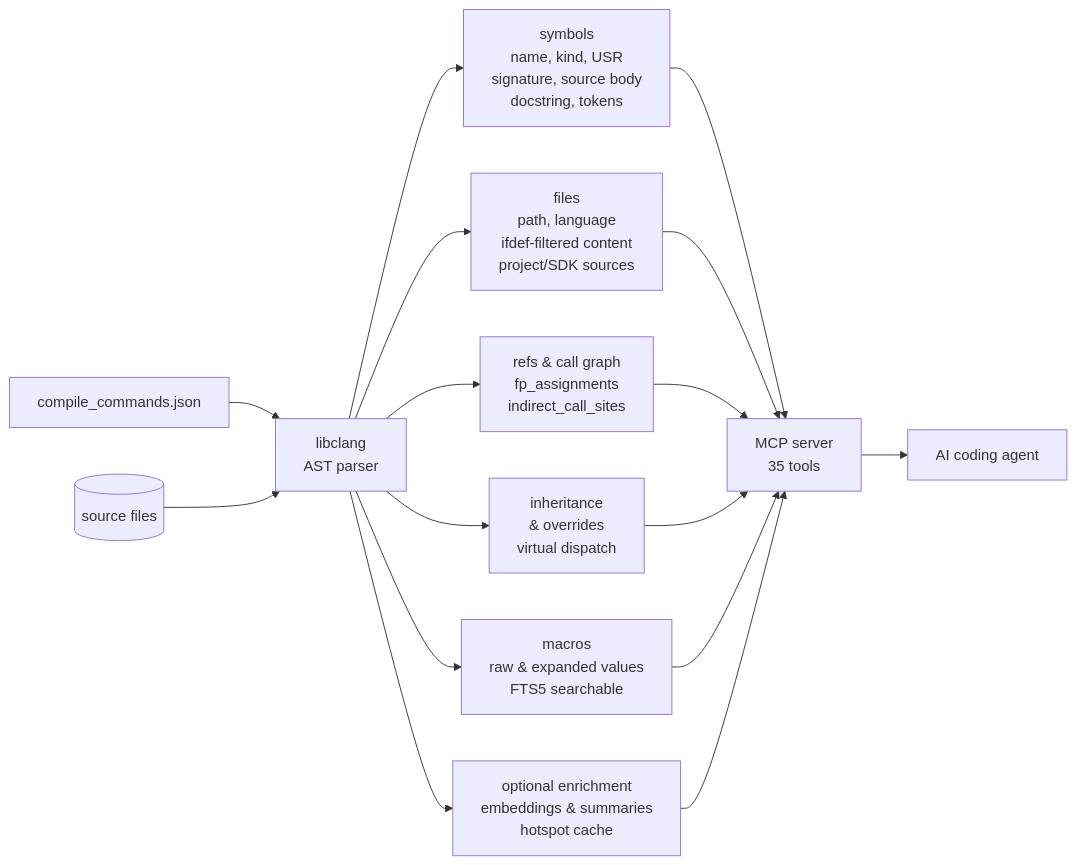
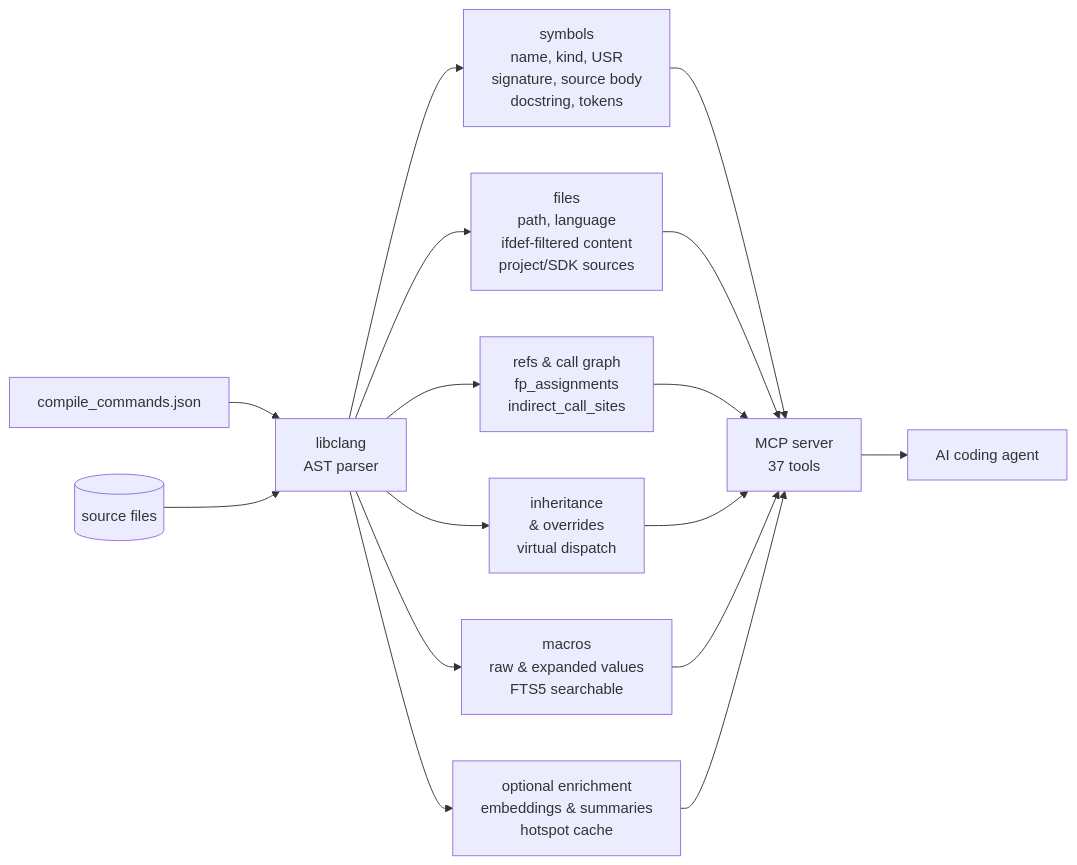
One commit to turbyho/fw-context-mcp changed the diagram in README.md. Above: the diagram before and after it, drawn with Mermaid. The commit also changed 24 other files, not shown here.

````diff
--- a/README.md
+++ b/README.md
@@ -111,7 +111,7 @@
 ```mermaid
 flowchart LR
     CCJ[compile_commands.json] & SRC[(source files)] --> LIBCLANG[libclang<br/>AST parser]
     LIBCLANG --> SYMBOLS[symbols<br/>name, kind, USR<br/>signature, source body<br/>docstring, tokens] & FILES[files<br/>path, language<br/>ifdef-filtered content<br/>project/SDK sources] & REFS[refs &amp; call graph<br/>fp_assignments<br/>indirect_call_sites] & INHERIT[inheritance<br/>&amp; overrides<br/>virtual dispatch] & MACROS[macros<br/>raw &amp; expanded values<br/>FTS5 searchable] & ENRICH[optional enrichment<br/>embeddings &amp; summaries<br/>hotspot cache]
-    SYMBOLS & FILES & REFS & INHERIT & MACROS & ENRICH --> MCP[MCP server<br/>35 tools]
+    SYMBOLS & FILES & REFS & INHERIT & MACROS & ENRICH --> MCP[MCP server<br/>37 tools]
     MCP --> LLM[AI coding agent]
 ```
````
